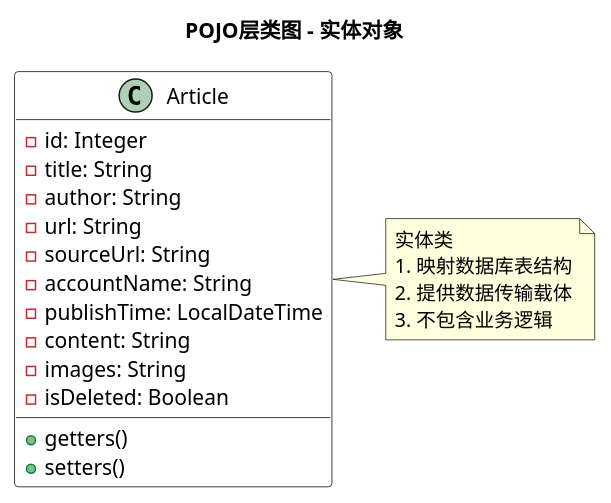
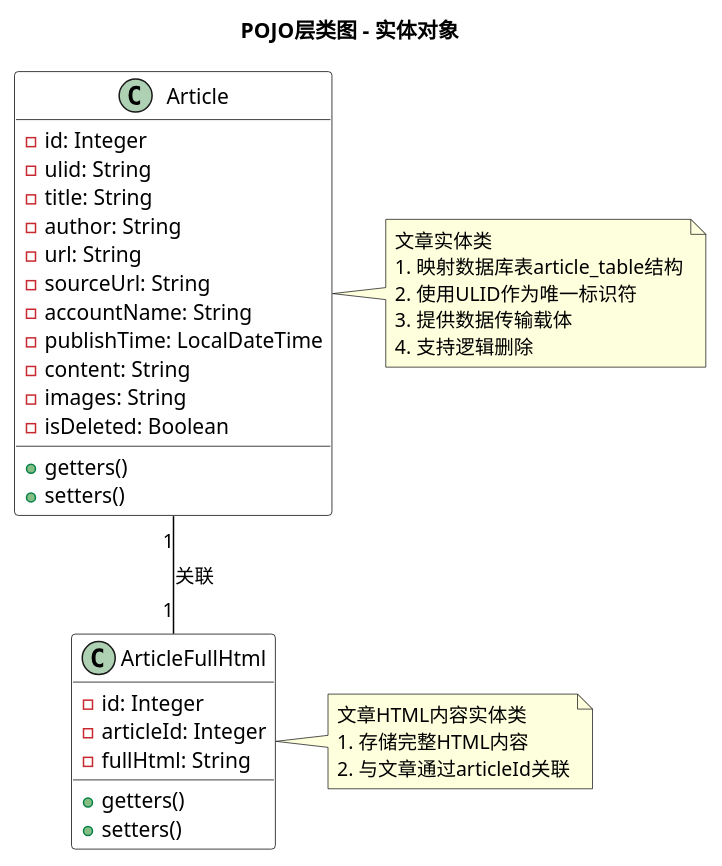
The diagram in UML/pojo.puml (Changhuaishui/web2_7), drawn with PlantUML before and after one commit. The commit also changed 5 other files, not shown here.

```diff
--- a/UML/pojo.puml
+++ b/UML/pojo.puml
@@ -1,33 +1,51 @@
 @startuml
 
 skinparam class {
     BackgroundColor White
     ArrowColor Black
     BorderColor Black
 }
 
 title POJO层类图 - 实体对象
 
 class Article {
     -id: Integer
+    -ulid: String
     -title: String
     -author: String
     -url: String
     -sourceUrl: String
     -accountName: String
     -publishTime: LocalDateTime
     -content: String
     -images: String
     -isDeleted: Boolean
     +getters()
     +setters()
 }
 
+class ArticleFullHtml {
+    -id: Integer
+    -articleId: Integer
+    -fullHtml: String
+    +getters()
+    +setters()
+}
+
+Article "1" -- "1" ArticleFullHtml : 关联
+
 note right of Article
-  实体类
-  1. 映射数据库表结构
-  2. 提供数据传输载体
-  3. 不包含业务逻辑
+  文章实体类
+  1. 映射数据库表article_table结构
+  2. 使用ULID作为唯一标识符
+  3. 提供数据传输载体
+  4. 支持逻辑删除
+end note
+
+note right of ArticleFullHtml
+  文章HTML内容实体类
+  1. 存储完整HTML内容
+  2. 与文章通过articleId关联
 end note
 
 @enduml
```
